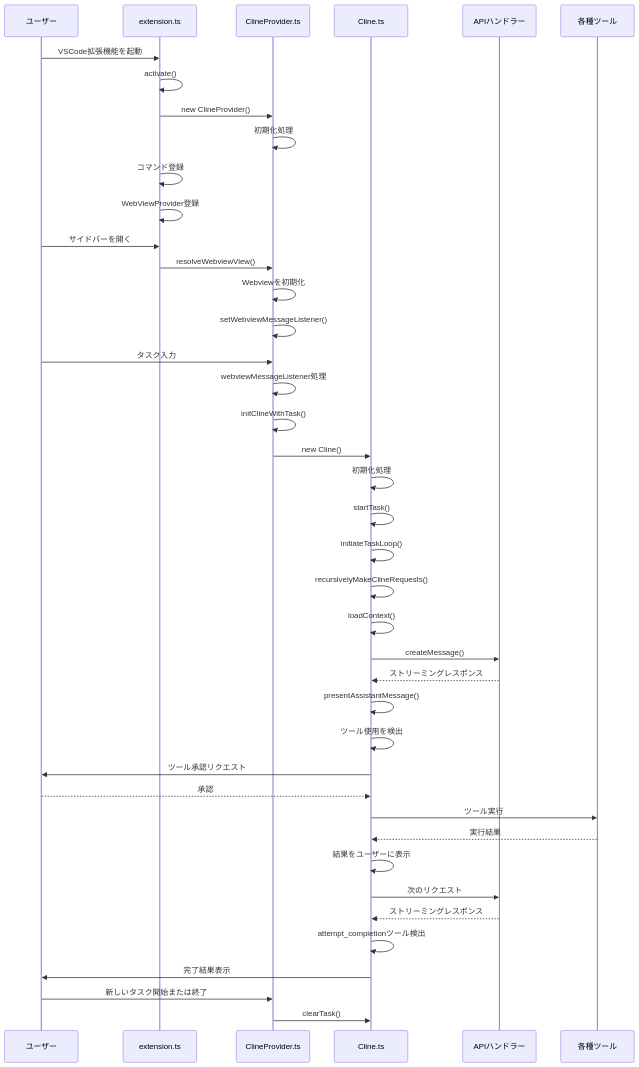
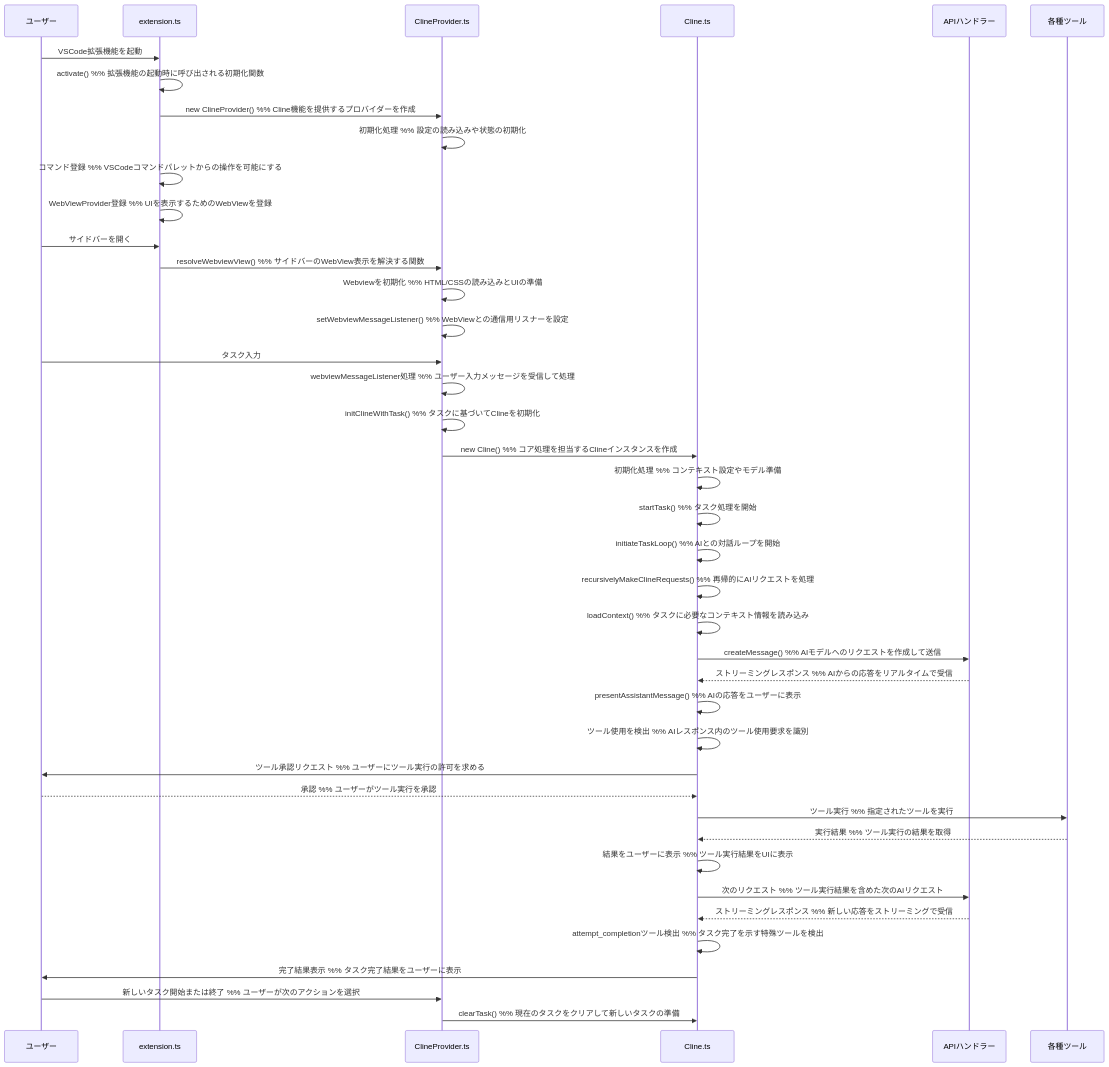
The diagram in UML_Mermaid.md (YUiCHI-Ai/Cline-Analysis), drawn with Mermaid before and after one commit.

Commit message:
ma-me-dozusakusei

````diff
--- a/UML_Mermaid.md
+++ b/UML_Mermaid.md
@@ -3,57 +3,57 @@
 ```mermaid
 sequenceDiagram
     participant User as ユーザー
     participant Extension as extension.ts
     participant Provider as ClineProvider.ts
     participant Core as Cline.ts
     participant API as APIハンドラー
     participant Tools as 各種ツール
 
     %% 拡張機能の起動
     User->>Extension: VSCode拡張機能を起動
-    Extension->>Extension: activate()
-    Extension->>Provider: new ClineProvider()
-    Provider->>Provider: 初期化処理
-    Extension->>Extension: コマンド登録
-    Extension->>Extension: WebViewProvider登録
+    Extension->>Extension: activate() %% 拡張機能の起動時に呼び出される初期化関数
+    Extension->>Provider: new ClineProvider() %% Cline機能を提供するプロバイダーを作成
+    Provider->>Provider: 初期化処理 %% 設定の読み込みや状態の初期化
+    Extension->>Extension: コマンド登録 %% VSCodeコマンドパレットからの操作を可能にする
+    Extension->>Extension: WebViewProvider登録 %% UIを表示するためのWebViewを登録
 
     %% サイドバー表示
     User->>Extension: サイドバーを開く
-    Extension->>Provider: resolveWebviewView()
-    Provider->>Provider: Webviewを初期化
-    Provider->>Provider: setWebviewMessageListener()
+    Extension->>Provider: resolveWebviewView() %% サイドバーのWebView表示を解決する関数
+    Provider->>Provider: Webviewを初期化 %% HTML/CSSの読み込みとUIの準備
+    Provider->>Provider: setWebviewMessageListener() %% WebViewとの通信用リスナーを設定
 
     %% タスク開始
     User->>Provider: タスク入力
-    Provider->>Provider: webviewMessageListener処理
-    Provider->>Provider: initClineWithTask()
-    Provider->>Core: new Cline()
-    Core->>Core: 初期化処理
-    Core->>Core: startTask()
-    Core->>Core: initiateTaskLoop()
+    Provider->>Provider: webviewMessageListener処理 %% ユーザー入力メッセージを受信して処理
+    Provider->>Provider: initClineWithTask() %% タスクに基づいてClineを初期化
+    Provider->>Core: new Cline() %% コア処理を担当するClineインスタンスを作成
+    Core->>Core: 初期化処理 %% コンテキスト設定やモデル準備
+    Core->>Core: startTask() %% タスク処理を開始
+    Core->>Core: initiateTaskLoop() %% AIとの対話ループを開始
 
     %% APIリクエスト
-    Core->>Core: recursivelyMakeClineRequests()
-    Core->>Core: loadContext()
-    Core->>API: createMessage()
-    API-->>Core: ストリーミングレスポンス
-    Core->>Core: presentAssistantMessage()
+    Core->>Core: recursivelyMakeClineRequests() %% 再帰的にAIリクエストを処理
+    Core->>Core: loadContext() %% タスクに必要なコンテキスト情報を読み込み
+    Core->>API: createMessage() %% AIモデルへのリクエストを作成して送信
+    API-->>Core: ストリーミングレスポンス %% AIからの応答をリアルタイムで受信
+    Core->>Core: presentAssistantMessage() %% AIの応答をユーザーに表示
 
     %% ツール使用
-    Core->>Core: ツール使用を検出
-    Core->>User: ツール承認リクエスト
-    User-->>Core: 承認
-    Core->>Tools: ツール実行
-    Tools-->>Core: 実行結果
-    Core->>Core: 結果をユーザーに表示
+    Core->>Core: ツール使用を検出 %% AIレスポンス内のツール使用要求を識別
+    Core->>User: ツール承認リクエスト %% ユーザーにツール実行の許可を求める
+    User-->>Core: 承認 %% ユーザーがツール実行を承認
+    Core->>Tools: ツール実行 %% 指定されたツールを実行
+    Tools-->>Core: 実行結果 %% ツール実行の結果を取得
+    Core->>Core: 結果をユーザーに表示 %% ツール実行結果をUIに表示
 
     %% 次のAPIリクエスト
-    Core->>API: 次のリクエスト
-    API-->>Core: ストリーミングレスポンス
+    Core->>API: 次のリクエスト %% ツール実行結果を含めた次のAIリクエスト
+    API-->>Core: ストリーミングレスポンス %% 新しい応答をストリーミングで受信
 
     %% タスク完了
-    Core->>Core: attempt_completionツール検出
-    Core->>User: 完了結果表示
-    User->>Provider: 新しいタスク開始または終了
-    Provider->>Core: clearTask()
+    Core->>Core: attempt_completionツール検出 %% タスク完了を示す特殊ツールを検出
+    Core->>User: 完了結果表示 %% タスク完了結果をユーザーに表示
+    User->>Provider: 新しいタスク開始または終了 %% ユーザーが次のアクションを選択
+    Provider->>Core: clearTask() %% 現在のタスクをクリアして新しいタスクの準備
 ```
````
